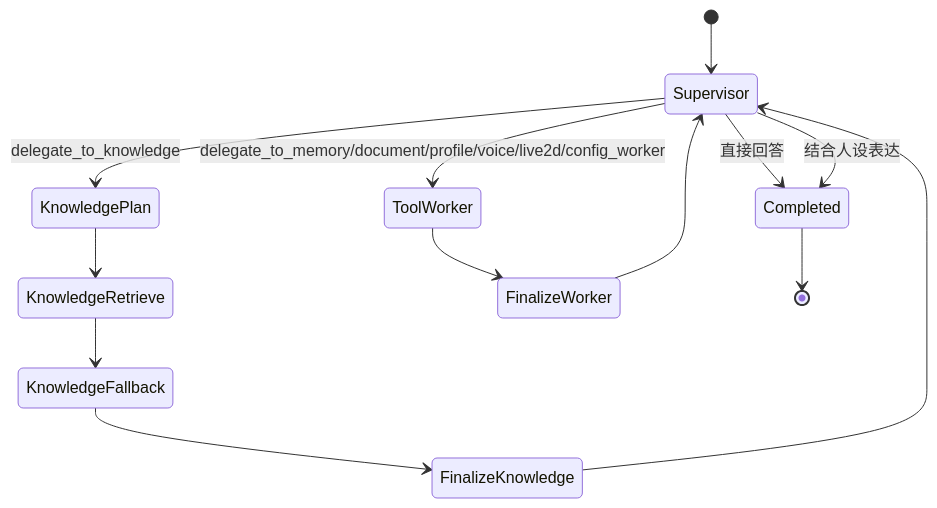
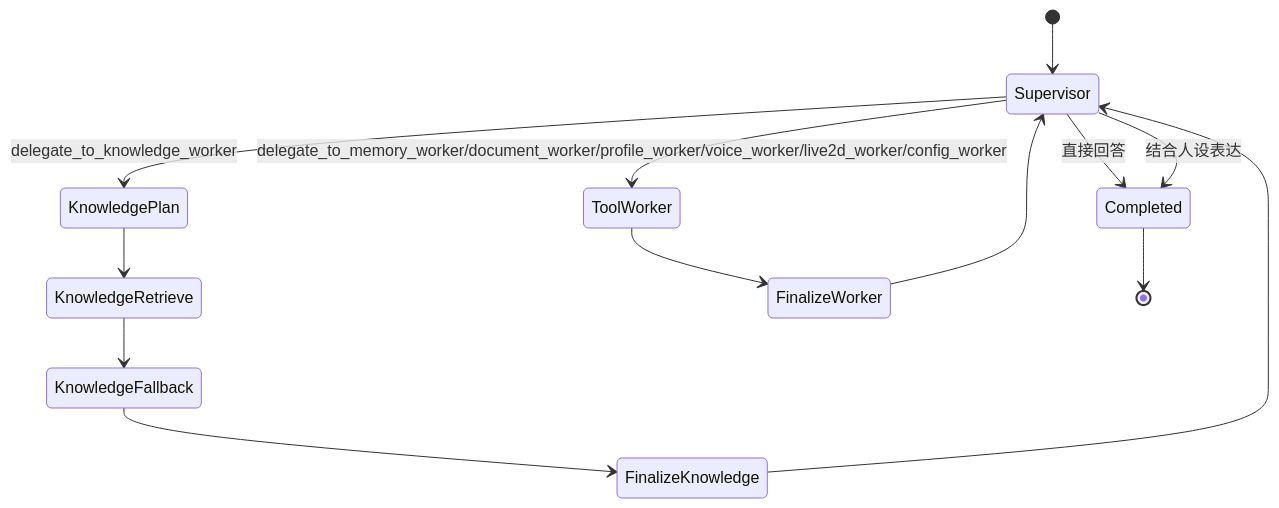
The second of 3 diagrams in ARCHITECTURE.md (TKGEKKOU/yumeno), drawn with Mermaid before and after one commit. The commit also changed other lines of this file and 63 other files, not shown here.

````diff
--- a/ARCHITECTURE.md
+++ b/ARCHITECTURE.md
@@ -63,15 +63,15 @@
 ```mermaid
 stateDiagram-v2
     [*] --> Supervisor
     Supervisor --> Completed: 直接回答
-    Supervisor --> KnowledgePlan: delegate_to_knowledge
-    Supervisor --> ToolWorker: delegate_to_memory/document/profile/voice/live2d/config_worker
+    Supervisor --> KnowledgePlan: delegate_to_knowledge_worker
+    Supervisor --> ToolWorker: delegate_to_memory_worker/document_worker/profile_worker/voice_worker/live2d_worker/config_worker
     KnowledgePlan --> KnowledgeRetrieve
     KnowledgeRetrieve --> KnowledgeFallback
     KnowledgeFallback --> FinalizeKnowledge
     ToolWorker --> FinalizeWorker
     FinalizeKnowledge --> Supervisor
     FinalizeWorker --> Supervisor
     Supervisor --> Completed: 结合人设表达
     Completed --> [*]
 ```
````
